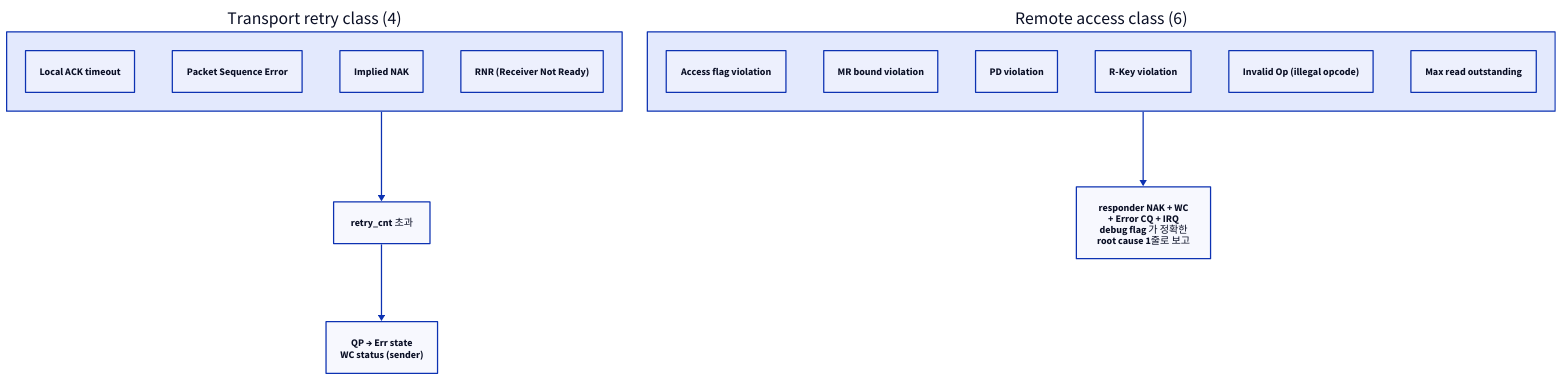
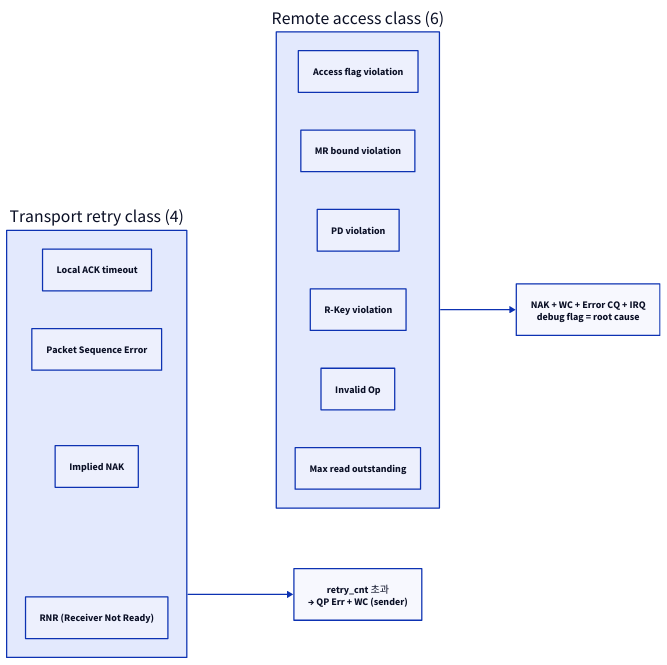
The first of 3 diagrams in topics/rdma/docs/07_congestion_error.md (humbleowl39/DV_SKOOL), drawn with D2 before and after one commit. The commit also changed other lines of this file and 90 other files, not shown here.

First line of the commit message:
docs: 전 토픽 다이어그램 정비 — ASCII→D2, mermaid→D2, 과대 D2 가시성 수정

````diff
--- a/topics/rdma/docs/07_congestion_error.md
+++ b/topics/rdma/docs/07_congestion_error.md
@@ -102,26 +102,25 @@
 ```d2
-direction: down
+direction: right
 
 RETRY: "Transport retry class (4)" {
   direction: down
   T1: "Local ACK timeout"
   T2: "Packet Sequence Error"
   T3: "Implied NAK"
   T4: "RNR (Receiver Not Ready)"
 }
 ACCESS: "Remote access class (6)" {
   direction: down
   A1: "Access flag violation"
   A2: "MR bound violation"
   A3: "PD violation"
   A4: "R-Key violation"
-  A5: "Invalid Op (illegal opcode)"
+  A5: "Invalid Op"
   A6: "Max read outstanding"
 }
-RX: "retry_cnt 초과"
-QPE: "QP → Err state\nWC status (sender)"
-NAKE: "responder NAK + WC\n+ Error CQ + IRQ\ndebug flag 가 정확한\nroot cause 1줄로 보고"
-RETRY -> RX
-RX -> QPE
+RETRY -> ACCESS: { style.opacity: 0.0 }
+QPE: "retry_cnt 초과\n→ QP Err + WC (sender)"
+NAKE: "NAK + WC + Error CQ + IRQ\ndebug flag = root cause"
+RETRY -> QPE
 ACCESS -> NAKE
 ```
````
